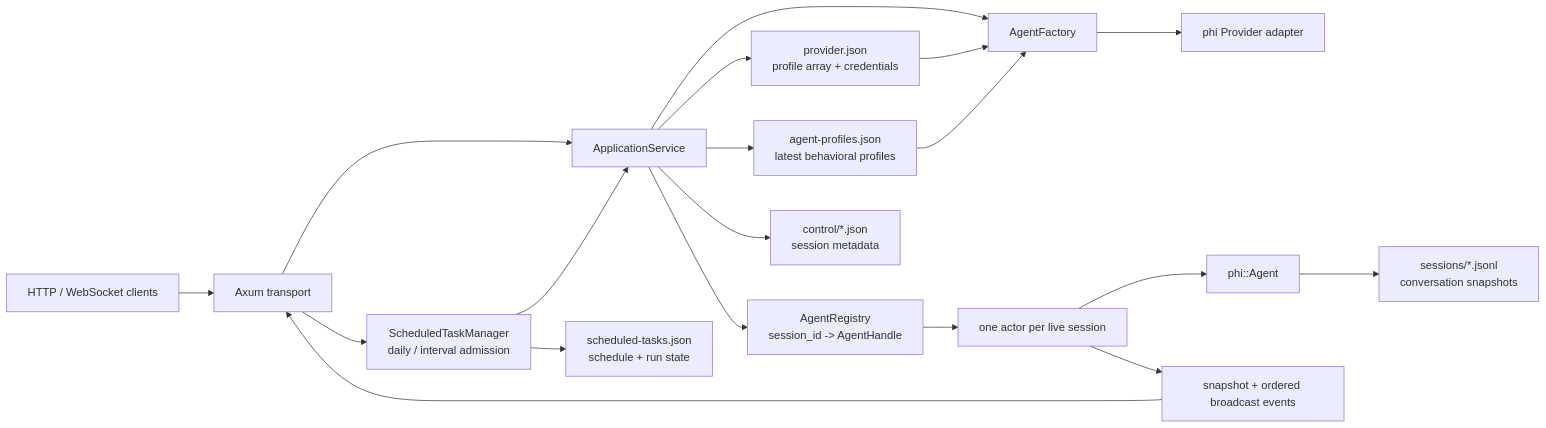
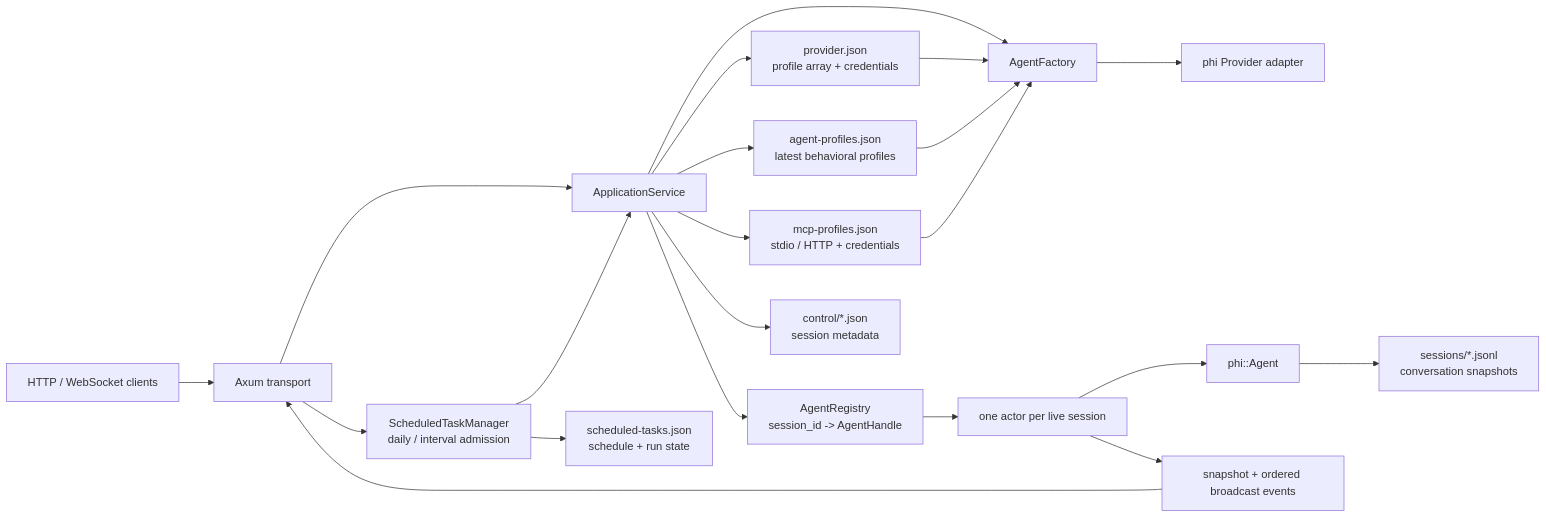
One commit to yearsyan/phi changed the diagram in crates/phi-daemon/README.md. Above: the diagram before and after it, drawn with Mermaid. The commit also changed other lines of this file and 27 other files, not shown here.

First line of the commit message:
feat: add standalone MCP profiles and agent profile management

````diff
--- a/crates/phi-daemon/README.md
+++ b/crates/phi-daemon/README.md
@@ -14,21 +17,23 @@
 ```mermaid
 flowchart LR
     Client["HTTP / WebSocket clients"] --> Axum["Axum transport"]
     Axum --> Service["ApplicationService"]
     Service --> Registry["AgentRegistry<br/>session_id -> AgentHandle"]
     Service --> Factory["AgentFactory"]
     Service --> ProviderProfiles["provider.json<br/>profile array + credentials"]
     ProviderProfiles --> Factory
     Service --> AgentProfiles["agent-profiles.json<br/>latest behavioral profiles"]
     AgentProfiles --> Factory
+    Service --> McpProfiles["mcp-profiles.json<br/>stdio / HTTP + credentials"]
+    McpProfiles --> Factory
     Axum --> Scheduler["ScheduledTaskManager<br/>daily / interval admission"]
     Scheduler --> Service
     Scheduler --> ScheduledStore["scheduled-tasks.json<br/>schedule + run state"]
     Factory --> Provider["phi Provider adapter"]
     Registry --> Actor["one actor per live session"]
     Actor --> Agent["phi::Agent"]
     Actor --> Hub["snapshot + ordered broadcast events"]
     Hub --> Axum
     Service --> Metadata["control/*.json<br/>session metadata"]
     Agent --> Transcript["sessions/*.jsonl<br/>conversation snapshots"]
 ```
````
